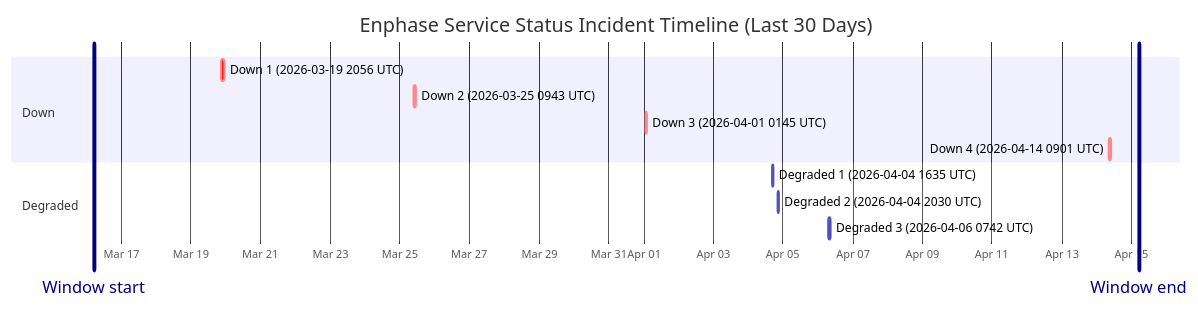
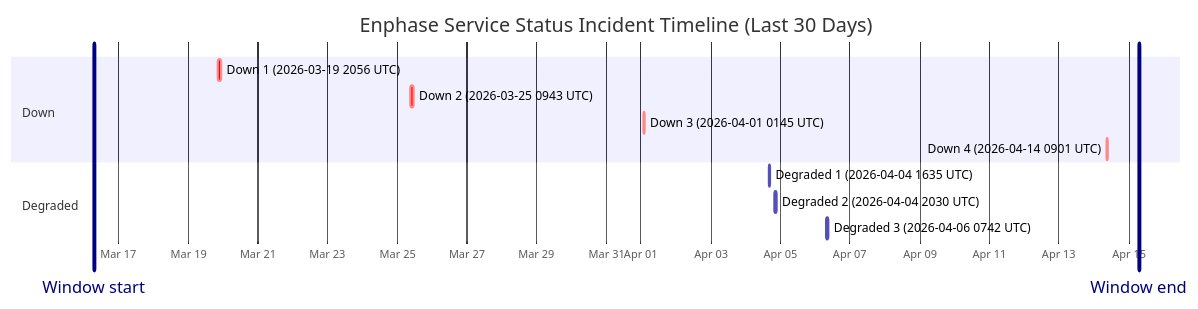
Before and after one commit to barneyonline/ha-enphase-ev-charger: the diagram in wiki/Service-Status-History.md, drawn with Mermaid. The commit also changed other lines of this file and 3 other files, not shown here.

````diff
--- a/wiki/Service-Status-History.md
+++ b/wiki/Service-Status-History.md
@@ -14,17 +14,17 @@
 ```mermaid
 gantt
     title Enphase Service Status Incident Timeline (Last 30 Days)
     dateFormat  YYYY-MM-DDTHH:mm:ss
     axisFormat  %b %d
-    Window start :vert, window-start, 2026-03-16T05:11:20, 0ms
-    Window end :vert, window-end, 2026-04-15T05:11:20, 0ms
+    Window start :vert, window-start, 2026-03-16T07:07:49, 0ms
+    Window end :vert, window-end, 2026-04-15T07:07:49, 0ms
     section Down
     Down 1 (2026-03-19 2056 UTC) :crit, down-1, 2026-03-19T20:56:20, 145m
     Down 2 (2026-03-25 0943 UTC) :crit, down-2, 2026-03-25T09:43:28, 111m
     Down 3 (2026-04-01 0145 UTC) :crit, down-3, 2026-04-01T01:45:09, 60m
     Down 4 (2026-04-14 0901 UTC) :crit, down-4, 2026-04-14T09:01:13, 60m
     section Degraded
     Degraded 1 (2026-04-04 1635 UTC) :active, degraded-1, 2026-04-04T16:35:17, 60m
     Degraded 2 (2026-04-04 2030 UTC) :active, degraded-2, 2026-04-04T20:30:40, 60m
     Degraded 3 (2026-04-06 0742 UTC) :active, degraded-3, 2026-04-06T07:42:09, 85m
 ```
````
